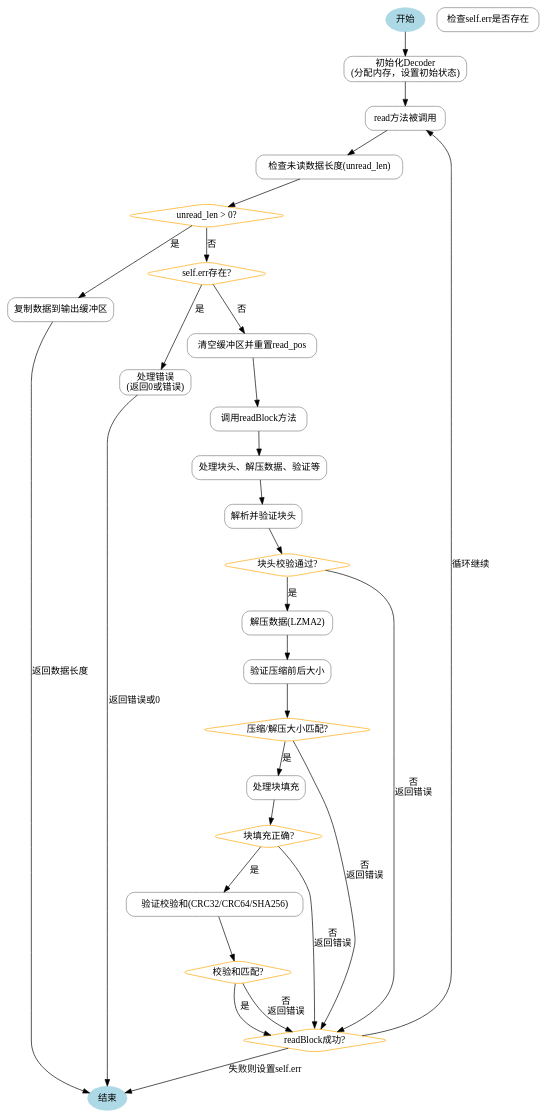
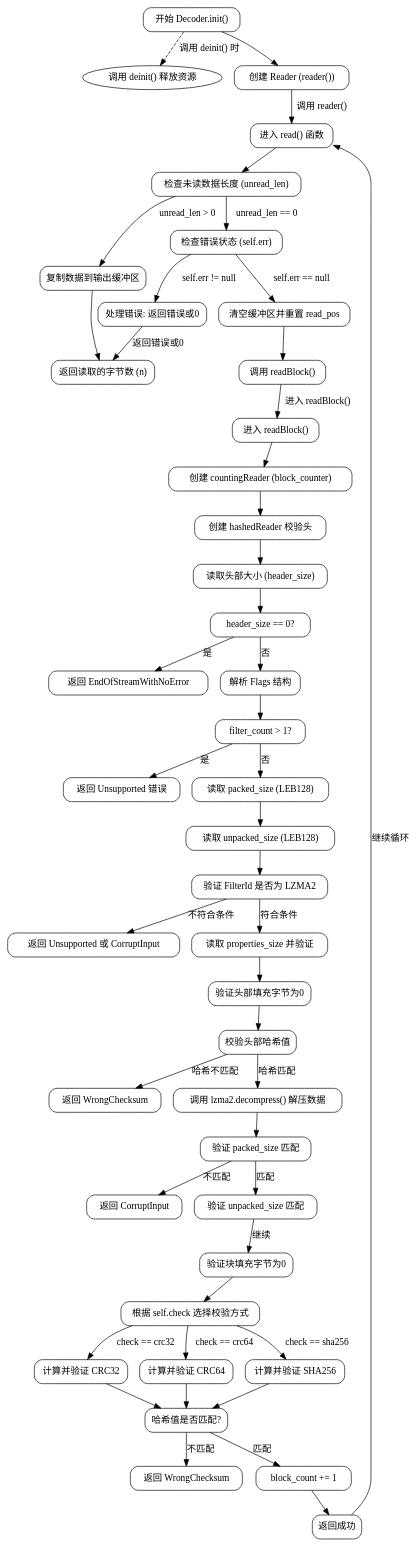
Before and after one commit to sdzx-1/deepseek-zig-reader: the diagram in dot_std/compress/xz/block.zig.Decoder.md, drawn with Graphviz. The commit also changed other lines of this file and 236 other files, not shown here.

````diff
--- a/dot_std/compress/xz/block.zig.Decoder.md
+++ b/dot_std/compress/xz/block.zig.Decoder.md
@@ -19,70 +23,93 @@
 ```dot
-digraph flowchart {
-    node [shape=ellipse, style=filled, color=lightblue];
-    start [label="开始"];
-    end [label="结束"];
-    
-    node [shape=rectangle, style=rounded, color=gray];
-    init [label="初始化Decoder\n(分配内存，设置初始状态)"];
-    read [label="read方法被调用"];
-    check_buffer [label="检查未读数据长度(unread_len)"];
+digraph DecoderFlow {
+    node [shape=rectangle, style=rounded];
+
+    start [label="开始 Decoder.init()"];
+    deinit [label="调用 deinit() 释放资源"];
+    reader [label="创建 Reader (reader())"];
+    read_start [label="进入 read() 函数"];
+    check_unread [label="检查未读数据长度 (unread_len)"];
     copy_data [label="复制数据到输出缓冲区"];
-    check_error [label="检查self.err是否存在"];
-    handle_error [label="处理错误\n(返回0或错误)"];
-    reset_buffer [label="清空缓冲区并重置read_pos"];
-    call_readBlock [label="调用readBlock方法"];
-    process_block [label="处理块头、解压数据、验证等"];
-    validate_header [label="解析并验证块头"];
-    decompress [label="解压数据(LZMA2)"];
-    check_sizes [label="验证压缩前后大小"];
-    handle_padding [label="处理块填充"];
-    validate_checksum [label="验证校验和(CRC32/CRC64/SHA256)"];
-    
-    node [shape=diamond, color=orange];
-    buffer_available [label="unread_len > 0?"];
-    error_exists [label="self.err存在?"];
-    block_success [label="readBlock成功?"];
-    header_valid [label="块头校验通过?"];
-    sizes_match [label="压缩/解压大小匹配?"];
-    padding_valid [label="块填充正确?"];
-    checksum_valid [label="校验和匹配?"];
-    
-    start -> init;
-    init -> read;
-    
-    read -> check_buffer;
-    check_buffer -> buffer_available;
-    
-    buffer_available -> copy_data [label="是"];
-    copy_data -> end [label="返回数据长度"];
-    
-    buffer_available -> error_exists [label="否"];
-    error_exists -> handle_error [label="是"];
-    handle_error -> end [label="返回错误或0"];
-    
-    error_exists -> reset_buffer [label="否"];
-    reset_buffer -> call_readBlock;
-    call_readBlock -> process_block;
-    
-    process_block -> validate_header;
-    validate_header -> header_valid;
-    header_valid -> decompress [label="是"];
-    header_valid -> block_success [label="否\n返回错误"];
-    
-    decompress -> check_sizes;
-    check_sizes -> sizes_match;
-    sizes_match -> handle_padding [label="是"];
-    sizes_match -> block_success [label="否\n返回错误"];
-    
-    handle_padding -> padding_valid;
-    padding_valid -> validate_checksum [label="是"];
-    padding_valid -> block_success [label="否\n返回错误"];
-    
-    validate_checksum -> checksum_valid;
-    checksum_valid -> block_success [label="是"];
-    checksum_valid -> block_success [label="否\n返回错误"];
-    
-    block_success -> read [label="循环继续"];
-    block_success -> end [label="失败则设置self.err"];
+    return_n [label="返回读取的字节数 (n)"];
+    check_err [label="检查错误状态 (self.err)"];
+    handle_err [label="处理错误: 返回错误或0"];
+    reset_buffer [label="清空缓冲区并重置 read_pos"];
+    read_block [label="调用 readBlock()"];
+    read_block_start [label="进入 readBlock()"];
+    block_counter [label="创建 countingReader (block_counter)"];
+    header_hasher [label="创建 hashedReader 校验头"];
+    read_header_size [label="读取头部大小 (header_size)"];
+    check_header_size [label="header_size == 0?"];
+    end_stream [label="返回 EndOfStreamWithNoError"];
+    parse_flags [label="解析 Flags 结构"];
+    check_filter_count [label="filter_count > 1?"];
+    unsupported_filter [label="返回 Unsupported 错误"];
+    read_packed_size [label="读取 packed_size (LEB128)"];
+    read_unpacked_size [label="读取 unpacked_size (LEB128)"];
+    check_filter_id [label="验证 FilterId 是否为 LZMA2"];
+    invalid_filter [label="返回 Unsupported 或 CorruptInput"];
+    read_properties [label="读取 properties_size 并验证"];
+    check_header_padding [label="验证头部填充字节为0"];
+    verify_header_hash [label="校验头部哈希值"];
+    hash_mismatch_header [label="返回 WrongChecksum"];
+    decompress_data [label="调用 lzma2.decompress() 解压数据"];
+    verify_packed_size [label="验证 packed_size 匹配"];
+    size_mismatch [label="返回 CorruptInput"];
+    verify_unpacked_size [label="验证 unpacked_size 匹配"];
+    check_block_padding [label="验证块填充字节为0"];
+    check_type [label="根据 self.check 选择校验方式"];
+    verify_crc32 [label="计算并验证 CRC32"];
+    verify_crc64 [label="计算并验证 CRC64"];
+    verify_sha256 [label="计算并验证 SHA256"];
+    check_hash_match [label="哈希值是否匹配?"];
+    hash_mismatch [label="返回 WrongChecksum"];
+    increment_block [label="block_count += 1"];
+    return_void [label="返回成功"];
+
+    start -> reader;
+    reader -> read_start [label="调用 reader()"];
+    read_start -> check_unread;
+    check_unread -> copy_data [label="unread_len > 0"];
+    copy_data -> return_n;
+    check_unread -> check_err [label="unread_len == 0"];
+    check_err -> handle_err [label="self.err != null"];
+    handle_err -> return_n [label="返回错误或0"];
+    check_err -> reset_buffer [label="self.err == null"];
+    reset_buffer -> read_block;
+    read_block -> read_block_start [label="进入 readBlock()"];
+    read_block_start -> block_counter;
+    block_counter -> header_hasher;
+    header_hasher -> read_header_size;
+    read_header_size -> check_header_size;
+    check_header_size -> end_stream [label="是"];
+    check_header_size -> parse_flags [label="否"];
+    parse_flags -> check_filter_count;
+    check_filter_count -> unsupported_filter [label="是"];
+    check_filter_count -> read_packed_size [label="否"];
+    read_packed_size -> read_unpacked_size;
+    read_unpacked_size -> check_filter_id;
+    check_filter_id -> invalid_filter [label="不符合条件"];
+    check_filter_id -> read_properties [label="符合条件"];
+    read_properties -> check_header_padding;
+    check_header_padding -> verify_header_hash;
+    verify_header_hash -> hash_mismatch_header [label="哈希不匹配"];
+    verify_header_hash -> decompress_data [label="哈希匹配"];
+    decompress_data -> verify_packed_size;
+    verify_packed_size -> size_mismatch [label="不匹配"];
+    verify_packed_size -> verify_unpacked_size [label="匹配"];
+    verify_unpacked_size -> check_block_padding [label="继续"];
+    check_block_padding -> check_type;
+    check_type -> verify_crc32 [label="check == crc32"];
+    check_type -> verify_crc64 [label="check == crc64"];
+    check_type -> verify_sha256 [label="check == sha256"];
+    verify_crc32 -> check_hash_match;
+    verify_crc64 -> check_hash_match;
+    verify_sha256 -> check_hash_match;
+    check_hash_match -> hash_mismatch [label="不匹配"];
+    check_hash_match -> increment_block [label="匹配"];
+    increment_block -> return_void;
+    return_void -> read_start [label="继续循环"];
+    deinit [shape=ellipse];
+    start -> deinit [label="调用 deinit() 时", style=dashed];
 }
 ``` 
````
